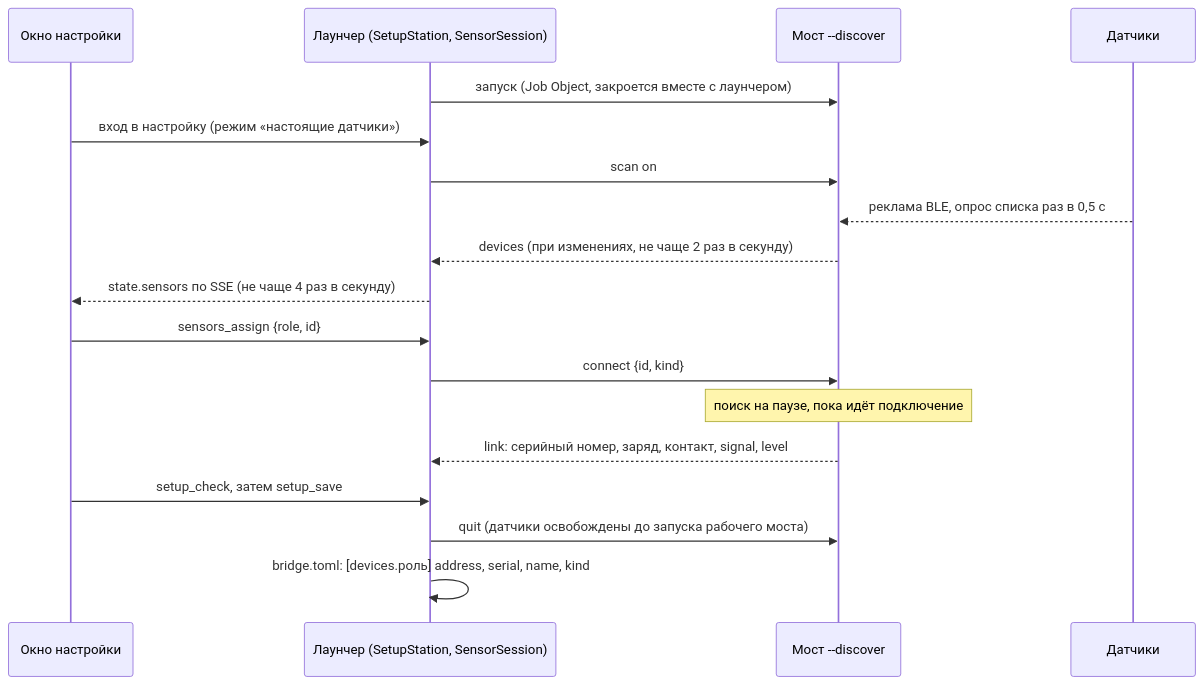
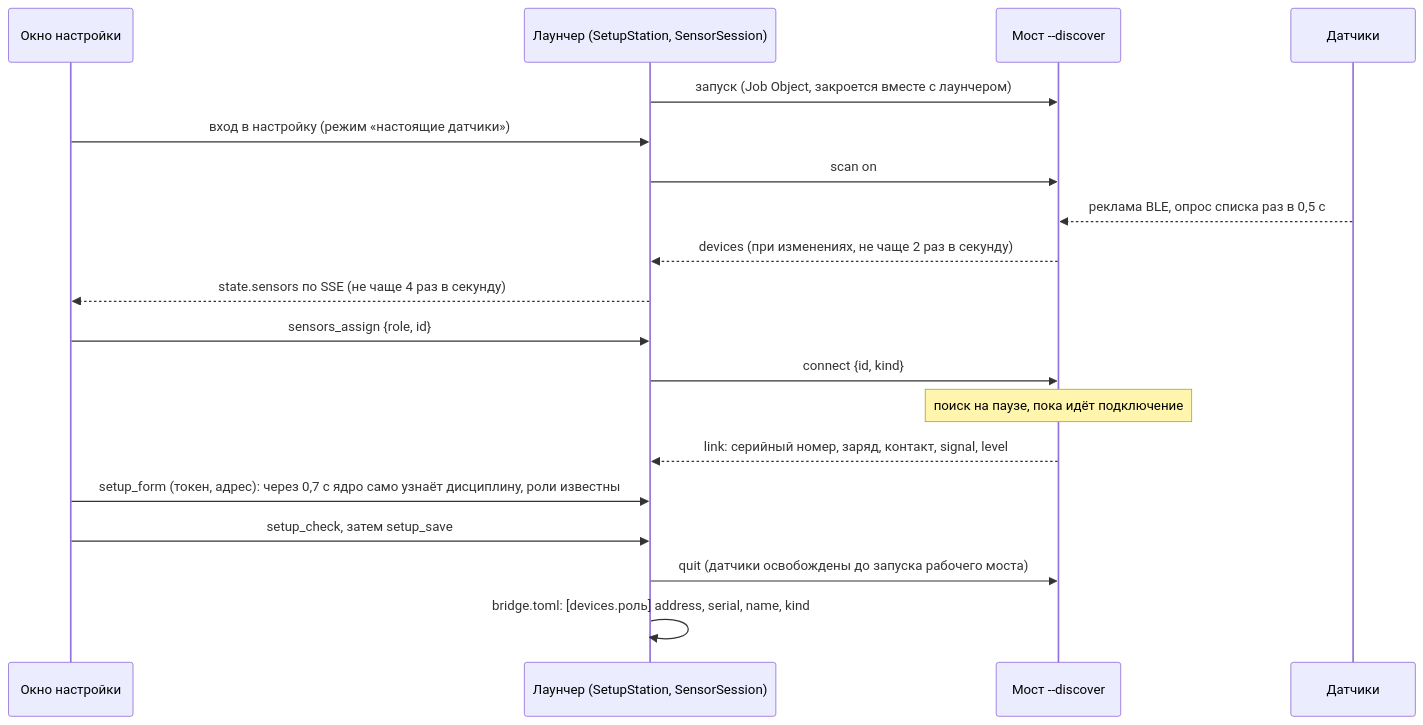
One commit to L0GIN0UT/Neurotlon changed the fourth of 10 diagrams in docs/architecture.md. Above: the diagram before and after it, drawn with Mermaid. The commit also changed other lines of this file and 16 other files, not shown here.

First line of the commit message:
feat(launcher): setup list without check and countdown calibration flow

````diff
--- a/docs/architecture.md
+++ b/docs/architecture.md
@@ -84,20 +84,21 @@
 ```mermaid
 sequenceDiagram
     participant W as Окно настройки
     participant L as Лаунчер (SetupStation, SensorSession)
     participant B as Мост --discover
     participant S as Датчики
     L->>B: запуск (Job Object, закроется вместе с лаунчером)
     W->>L: вход в настройку (режим «настоящие датчики»)
     L->>B: scan on
     S-->>B: реклама BLE, опрос списка раз в 0,5 с
     B-->>L: devices (при изменениях, не чаще 2 раз в секунду)
     L-->>W: state.sensors по SSE (не чаще 4 раз в секунду)
     W->>L: sensors_assign {role, id}
     L->>B: connect {id, kind}
     Note over B: поиск на паузе, пока идёт подключение
     B-->>L: link: серийный номер, заряд, контакт, signal, level
+    W->>L: setup_form (токен, адрес): через 0,7 с ядро само узнаёт дисциплину, роли известны
     W->>L: setup_check, затем setup_save
     L->>B: quit (датчики освобождены до запуска рабочего моста)
     L->>L: bridge.toml: [devices.роль] address, serial, name, kind
 ```
````
